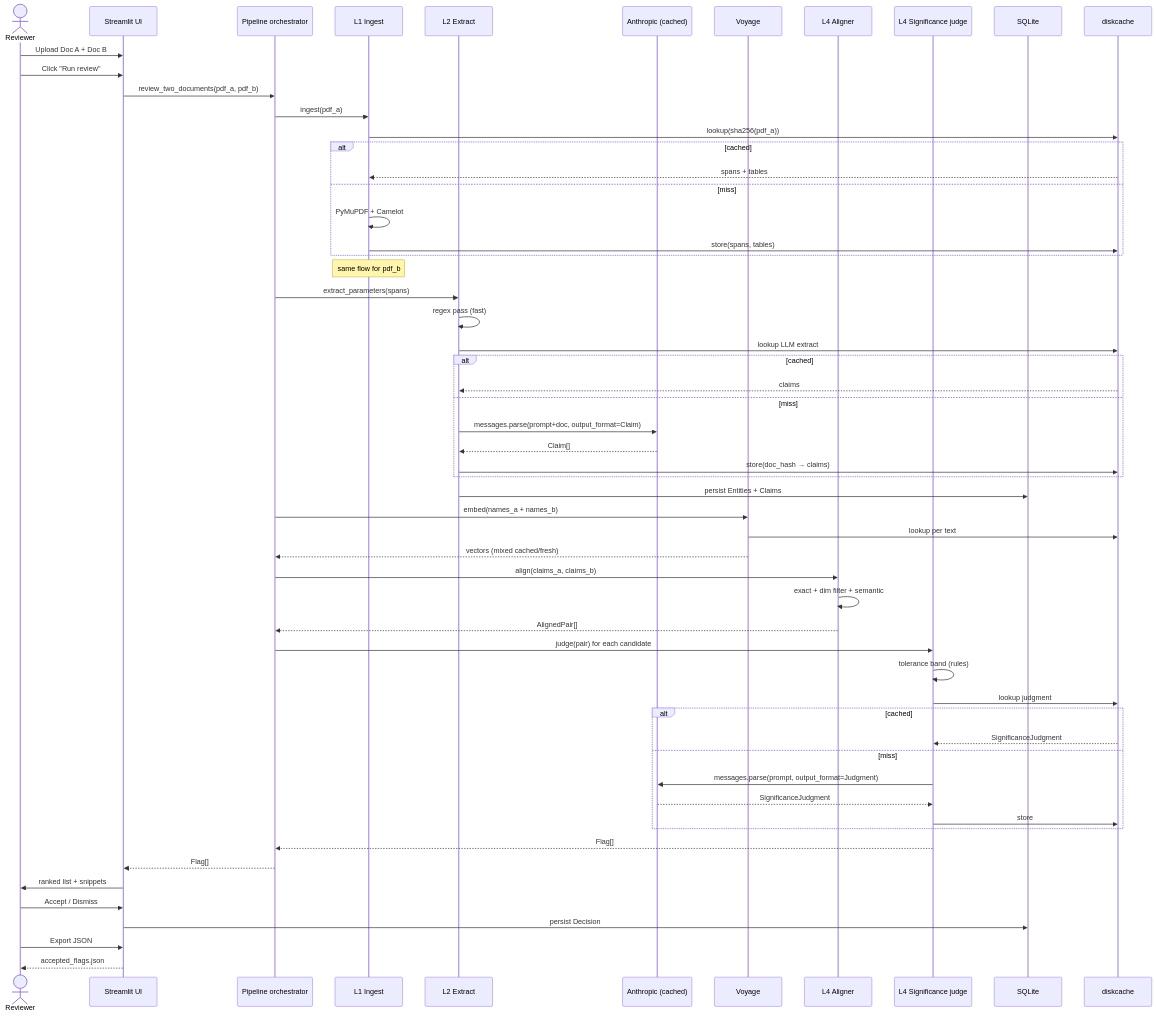
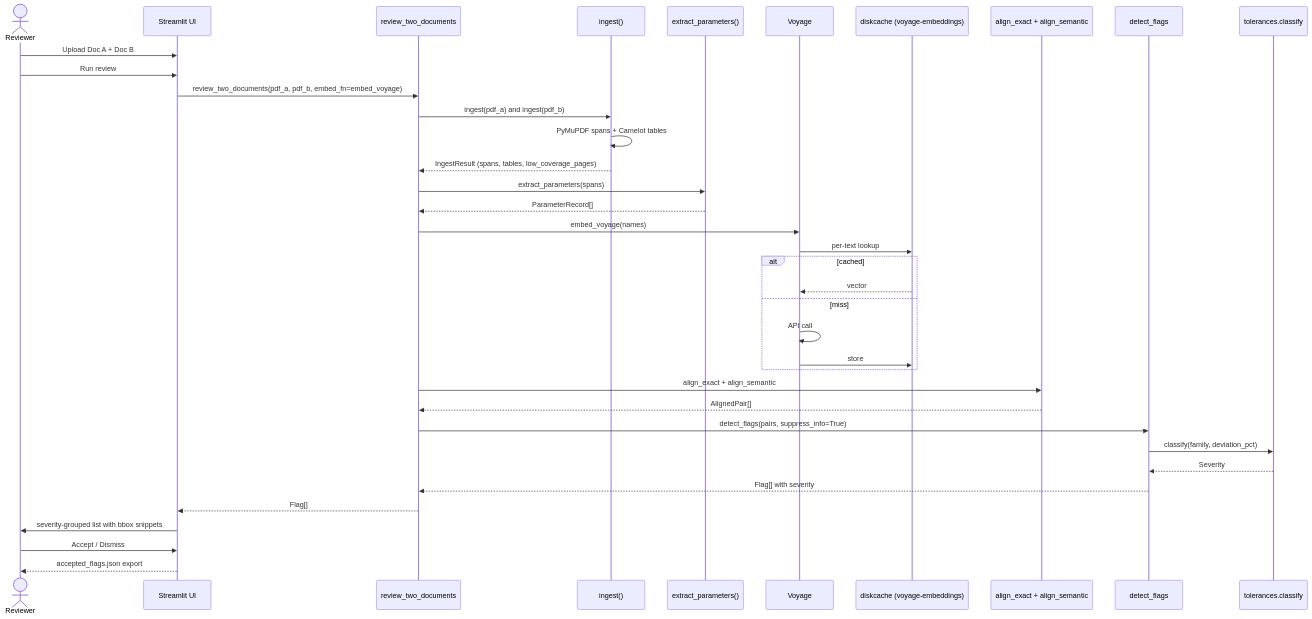
The second of 5 diagrams in docs/ARCHITECTURE.md (funcpointer/interlock-ai), drawn with Mermaid before and after one commit. The commit also changed other lines of this file and 5 other files, not shown here.

````diff
--- a/docs/ARCHITECTURE.md
+++ b/docs/ARCHITECTURE.md
@@ -73,68 +82,46 @@
 ```mermaid
 sequenceDiagram
     actor Reviewer
     participant UI as Streamlit UI
-    participant Pipe as Pipeline orchestrator
-    participant Ingest as L1 Ingest
-    participant Extract as L2 Extract
-    participant LLM as Anthropic (cached)
+    participant Pipe as review_two_documents
+    participant Ingest as ingest()
+    participant Extract as extract_parameters()
     participant Voyage
-    participant Align as L4 Aligner
-    participant Sig as L4 Significance judge
-    participant DB as SQLite
-    participant Cache as diskcache
+    participant VCache as diskcache (voyage-embeddings)
+    participant Align as align_exact + align_semantic
+    participant Detect as detect_flags
+    participant Tol as tolerances.classify
 
     Reviewer->>UI: Upload Doc A + Doc B
-    Reviewer->>UI: Click "Run review"
-    UI->>Pipe: review_two_documents(pdf_a, pdf_b)
+    Reviewer->>UI: Run review
+    UI->>Pipe: review_two_documents(pdf_a, pdf_b, embed_fn=embed_voyage)
 
-    Pipe->>Ingest: ingest(pdf_a)
-    Ingest->>Cache: lookup(sha256(pdf_a))
-    alt cached
-        Cache-->>Ingest: spans + tables
-    else miss
-        Ingest->>Ingest: PyMuPDF + Camelot
-        Ingest->>Cache: store(spans, tables)
-    end
-    Note over Ingest: same flow for pdf_b
+    Pipe->>Ingest: ingest(pdf_a) and ingest(pdf_b)
+    Ingest->>Ingest: PyMuPDF spans + Camelot tables
+    Ingest-->>Pipe: IngestResult (spans, tables, low_coverage_pages)
 
     Pipe->>Extract: extract_parameters(spans)
-    Extract->>Extract: regex pass (fast)
-    Extract->>Cache: lookup LLM extract
+    Extract-->>Pipe: ParameterRecord[]
+
+    Pipe->>Voyage: embed_voyage(names)
+    Voyage->>VCache: per-text lookup
     alt cached
-        Cache-->>Extract: claims
+        VCache-->>Voyage: vector
     else miss
-        Extract->>LLM: messages.parse(prompt+doc, output_format=Claim)
-        LLM-->>Extract: Claim[]
-        Extract->>Cache: store(doc_hash → claims)
+        Voyage->>Voyage: API call
+        Voyage->>VCache: store
     end
-    Extract->>DB: persist Entities + Claims
 
-    Pipe->>Voyage: embed(names_a + names_b)
-    Voyage->>Cache: lookup per text
-    Voyage-->>Pipe: vectors (mixed cached/fresh)
-
-    Pipe->>Align: align(claims_a, claims_b)
-    Align->>Align: exact + dim filter + semantic
+    Pipe->>Align: align_exact + align_semantic
     Align-->>Pipe: AlignedPair[]
 
-    Pipe->>Sig: judge(pair) for each candidate
-    Sig->>Sig: tolerance band (rules)
-    Sig->>Cache: lookup judgment
-    alt cached
-        Cache-->>Sig: SignificanceJudgment
-    else miss
-        Sig->>LLM: messages.parse(prompt, output_format=Judgment)
-        LLM-->>Sig: SignificanceJudgment
-        Sig->>Cache: store
-    end
-    Sig-->>Pipe: Flag[]
+    Pipe->>Detect: detect_flags(pairs, suppress_info=True)
+    Detect->>Tol: classify(family, deviation_pct)
+    Tol-->>Detect: Severity
+    Detect-->>Pipe: Flag[] with severity
 
     Pipe-->>UI: Flag[]
-    UI->>Reviewer: ranked list + snippets
-
+    UI->>Reviewer: severity-grouped list with bbox snippets
     Reviewer->>UI: Accept / Dismiss
-    UI->>DB: persist Decision
-    Reviewer->>UI: Export JSON
-    UI-->>Reviewer: accepted_flags.json
+    UI-->>Reviewer: accepted_flags.json export
 ```
````
